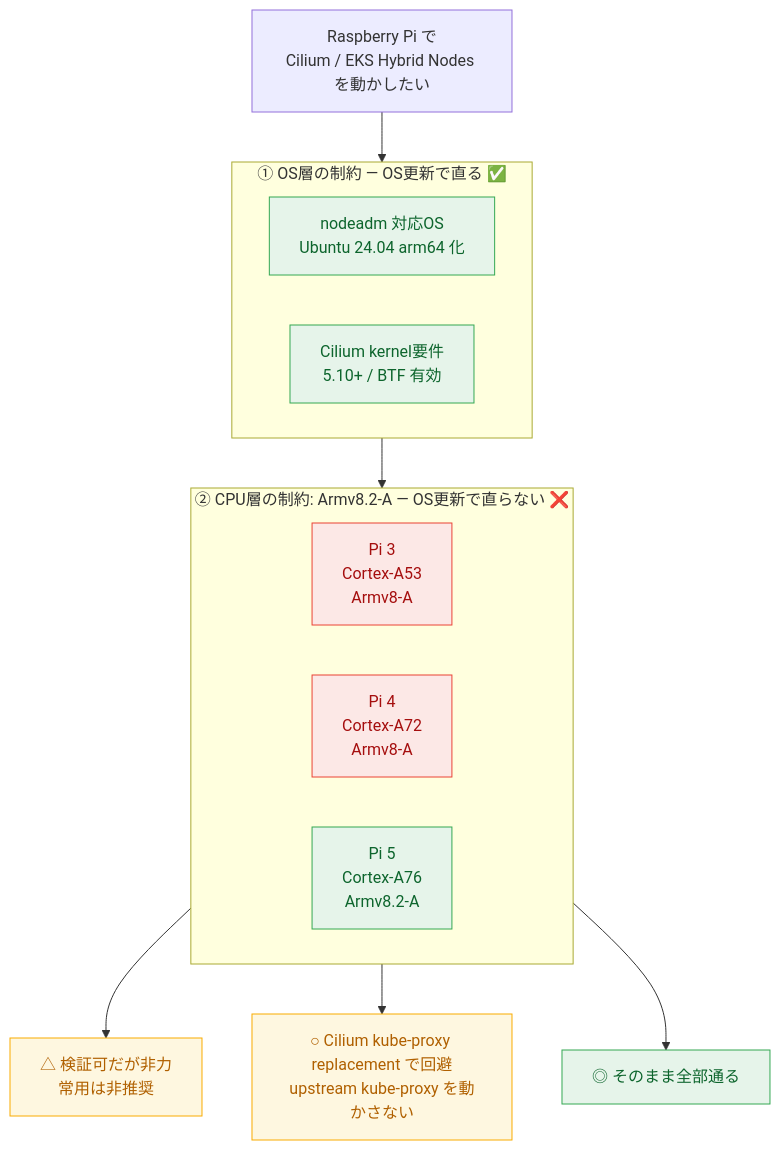
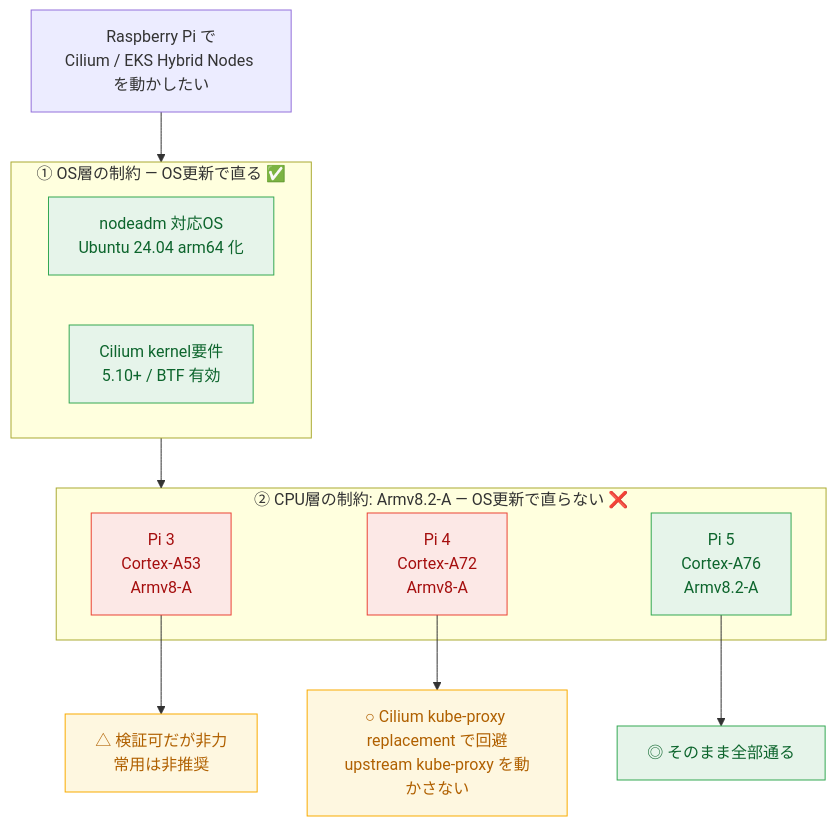
Before and after one commit to shinichitazawa/zenn-articles: the diagram in articles/009-raspberry-pi-cilium-os-vs-cpu.md, drawn with Mermaid. The commit also changed other lines of this file and 14 other files, not shown here.

````diff
--- a/articles/009-raspberry-pi-cilium-os-vs-cpu.md
+++ b/articles/009-raspberry-pi-cilium-os-vs-cpu.md
@@ -34,30 +34,28 @@
 ```mermaid
-flowchart TD
+flowchart TB
   Q["Raspberry Pi で<br/>Cilium / EKS Hybrid Nodes を動かしたい"] --> L1
 
   subgraph L1["① OS層の制約 — OS更新で直る ✅"]
-    direction LR
     A1["nodeadm 対応OS<br/>Ubuntu 24.04 arm64 化"]
     A2["Cilium kernel要件<br/>5.10+ / BTF 有効"]
   end
 
   L1 --> L2
 
   subgraph L2["② CPU層の制約: Armv8.2-A — OS更新で直らない ❌"]
-    direction LR
     P3["Pi 3<br/>Cortex-A53<br/>Armv8-A"]
     P4["Pi 4<br/>Cortex-A72<br/>Armv8-A"]
     P5["Pi 5<br/>Cortex-A76<br/>Armv8.2-A"]
   end
 
   P3 --> V3["△ 検証可だが非力<br/>常用は非推奨"]
   P4 --> V4["○ Cilium kube-proxy replacement で回避<br/>upstream kube-proxy を動かさない"]
   P5 --> V5["◎ そのまま全部通る"]
 
   classDef ok fill:#e6f4ea,stroke:#34a853,color:#0d652d
   classDef ng fill:#fce8e6,stroke:#ea4335,color:#a50e0e
   classDef warn fill:#fef7e0,stroke:#f9ab00,color:#b06000
   class A1,A2,P5,V5 ok
   class P3,P4 ng
   class V3,V4 warn
 ```
````
